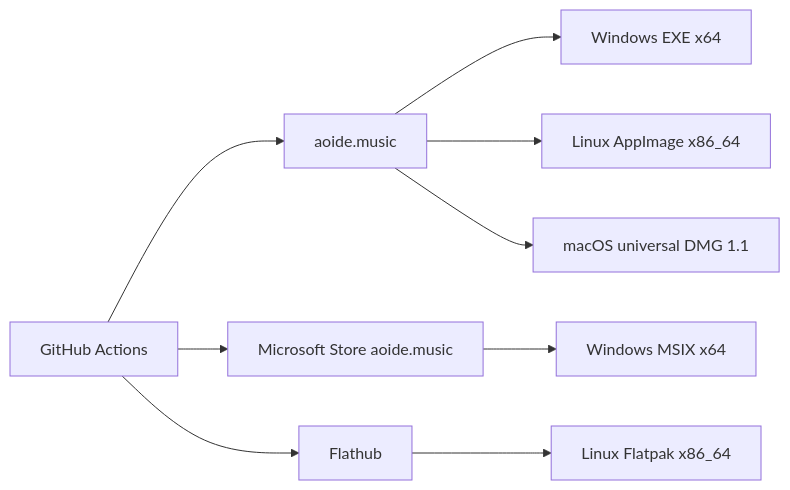
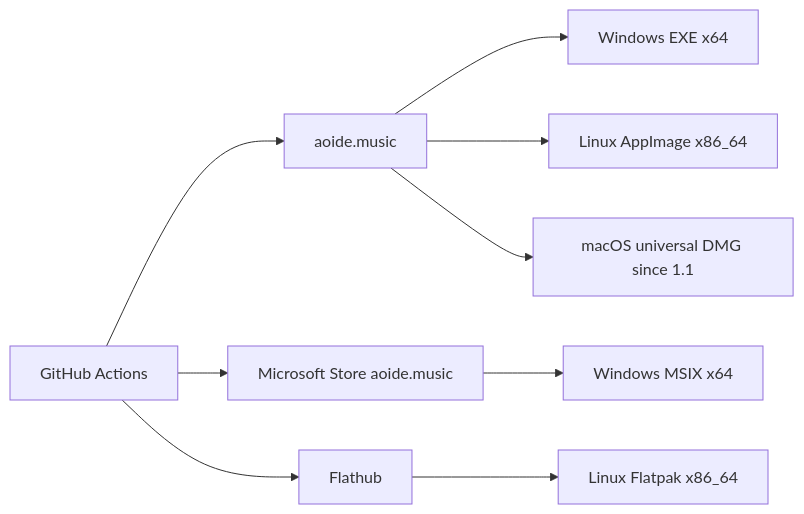
Before and after one commit to eliranbenishai/aoide: the first of 2 diagrams in docs/architecture.md, drawn with Mermaid. The commit also changed other lines of this file and 7 other files, not shown here.

````diff
--- a/docs/architecture.md
+++ b/docs/architecture.md
@@ -26,15 +26,15 @@
 ```mermaid
 flowchart LR
   CI[GitHub Actions]
   Site[aoide.music]
   MS[Microsoft Store aoide.music]
   FH[Flathub]
   CI --> Site
   CI --> MS
   CI --> FH
   Site --> WinExe[Windows EXE x64]
   Site --> AppImage[Linux AppImage x86_64]
-  Site --> Dmg[macOS universal DMG 1.1]
+  Site --> Dmg[macOS universal DMG since 1.1]
   MS --> Msix[Windows MSIX x64]
   FH --> Flatpak[Linux Flatpak x86_64]
 ```
````
